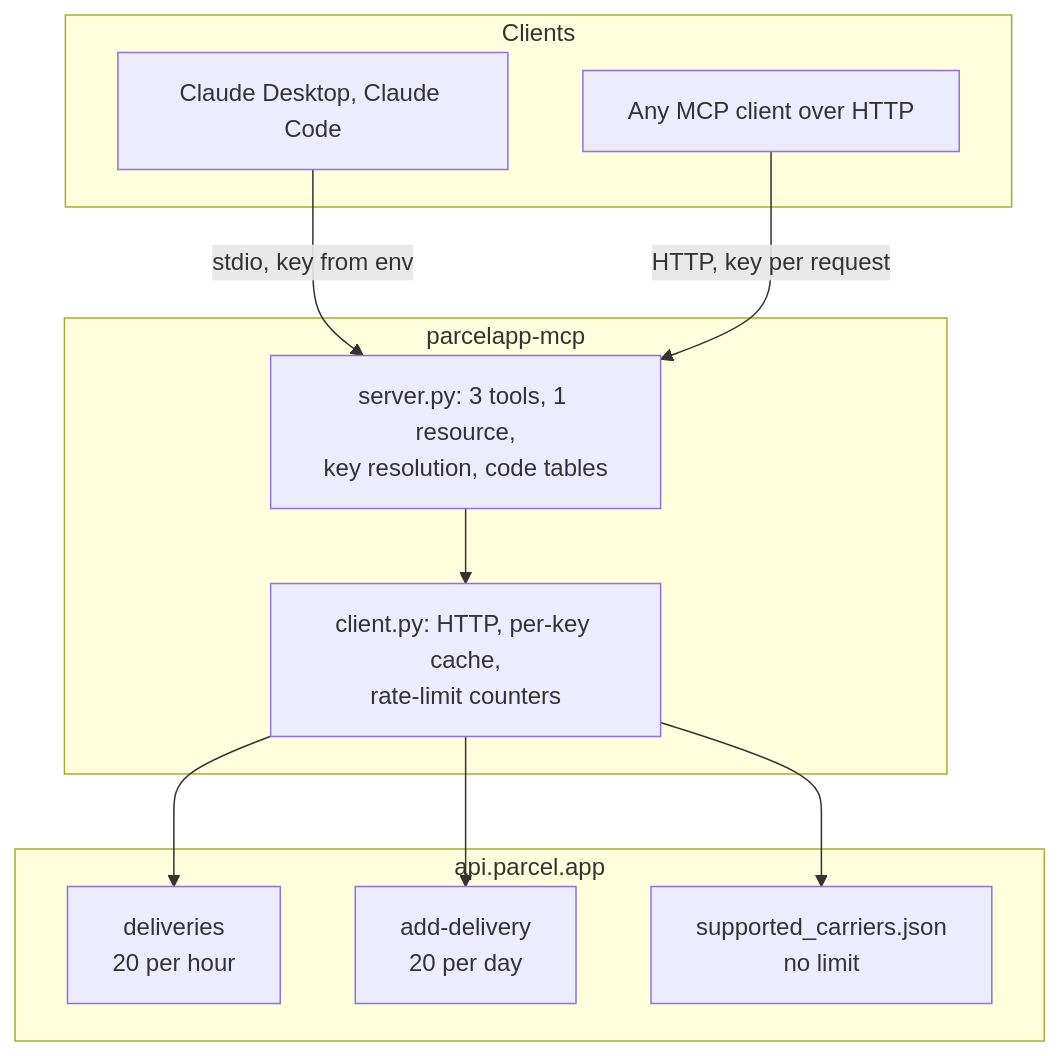
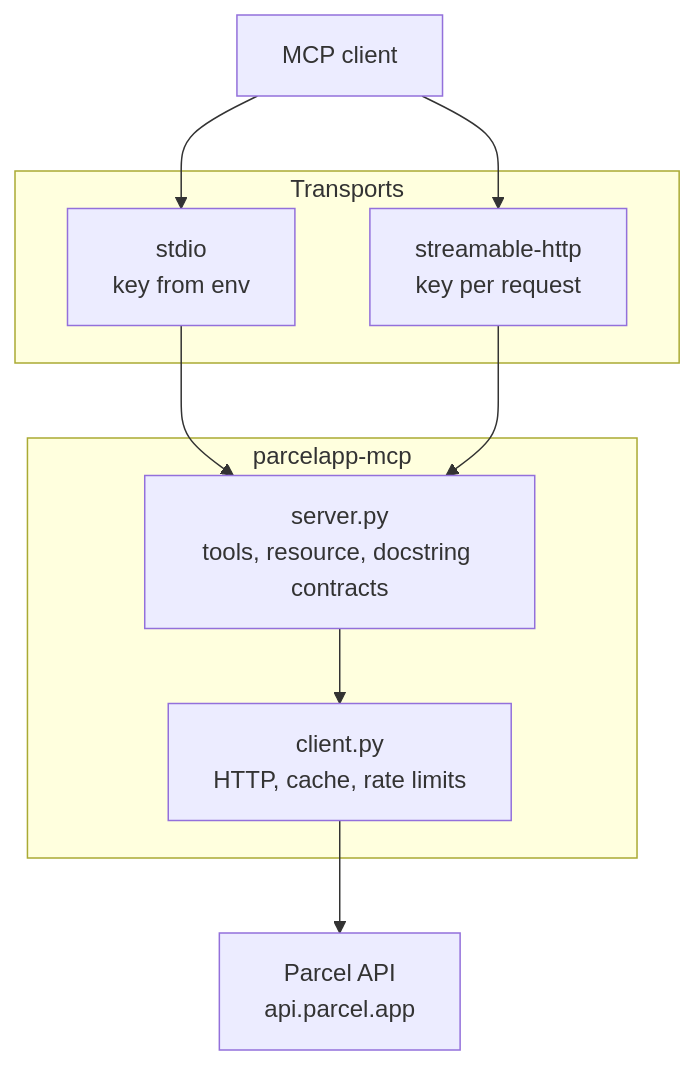
One commit to obeone/parcelapp-mcp changed the diagram in README.md. Above: the diagram before and after it, drawn with Mermaid. The commit also changed other lines of this file, not shown here.

````diff
--- a/README.md
+++ b/README.md
@@ -272,25 +189,20 @@
 ```mermaid
 flowchart TB
-    subgraph clients["Clients"]
-        A["Claude Desktop, Claude Code"]
-        B["Any MCP client over HTTP"]
+    Client[MCP client]
+
+    subgraph Transports
+        Stdio[stdio<br/>key from env]
+        Http[streamable-http<br/>key per request]
     end
 
-    subgraph server["parcelapp-mcp"]
-        C["server.py: 3 tools, 1 resource,<br/>key resolution, code tables"]
-        D["client.py: HTTP, per-key cache,<br/>rate-limit counters"]
-        C --> D
+    subgraph parcelapp-mcp
+        Server[server.py<br/>tools, resource, docstring contracts]
+        Client_mod[client.py<br/>HTTP, cache, rate limits]
     end
 
-    subgraph upstream["api.parcel.app"]
-        E["deliveries<br/>20 per hour"]
-        F["add-delivery<br/>20 per day"]
-        G["supported_carriers.json<br/>no limit"]
-    end
+    Parcel[Parcel API<br/>api.parcel.app]
 
-    A -- "stdio, key from env" --> C
-    B -- "HTTP, key per request" --> C
-    D --> E
-    D --> F
-    D --> G
+    Client --> Stdio --> Server
+    Client --> Http --> Server
+    Server --> Client_mod --> Parcel
 ```
````
